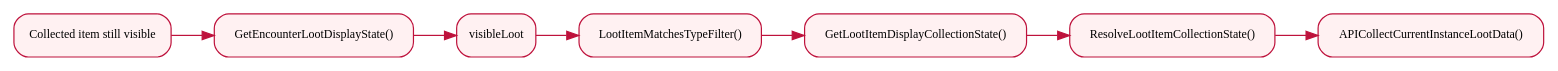
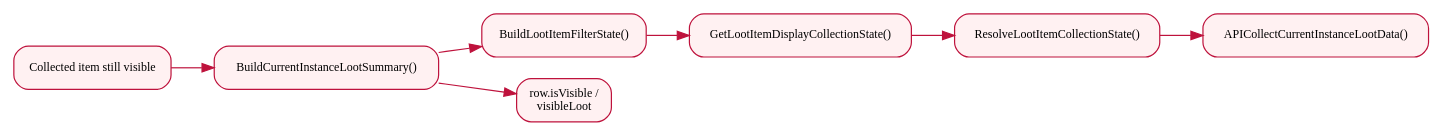
Before and after one commit to terencefan/inority-wow: the fifth of 5 diagrams in docs/specs/ui/ui-loot-panel.md, drawn with Graphviz. The commit also changed other lines of this file and 91 other files, not shown here.

````diff
--- a/docs/specs/ui/ui-loot-panel.md
+++ b/docs/specs/ui/ui-loot-panel.md
@@ -368,19 +398,19 @@
 ```dot
 digraph LootCollectedVisibility {
   rankdir=LR;
   graph [fontsize=10];
   node [shape=box style="rounded,filled" fillcolor="#FFF1F2" color="#BE123C" fontname="Microsoft YaHei" fontsize=10];
   edge [color="#BE123C" fontsize=9 fontname="Microsoft YaHei"];
 
   Problem [label="Collected item still visible"];
-  Display [label="GetEncounterLootDisplayState()"];
-  Filter [label="LootItemMatchesTypeFilter()"];
+  Summary [label="BuildCurrentInstanceLootSummary()"];
+  Filter [label="BuildLootItemFilterState()"];
   State [label="GetLootItemDisplayCollectionState()"];
   Real [label="ResolveLootItemCollectionState()"];
   Data [label="APICollectCurrentInstanceLootData()"];
-  Visible [label="visibleLoot"];
+  Visible [label="row.isVisible /\nvisibleLoot"];
 
-  Problem -> Display -> Visible;
-  Visible -> Filter -> State -> Real -> Data;
+  Problem -> Summary -> Visible;
+  Summary -> Filter -> State -> Real -> Data;
 }
 ```
````
